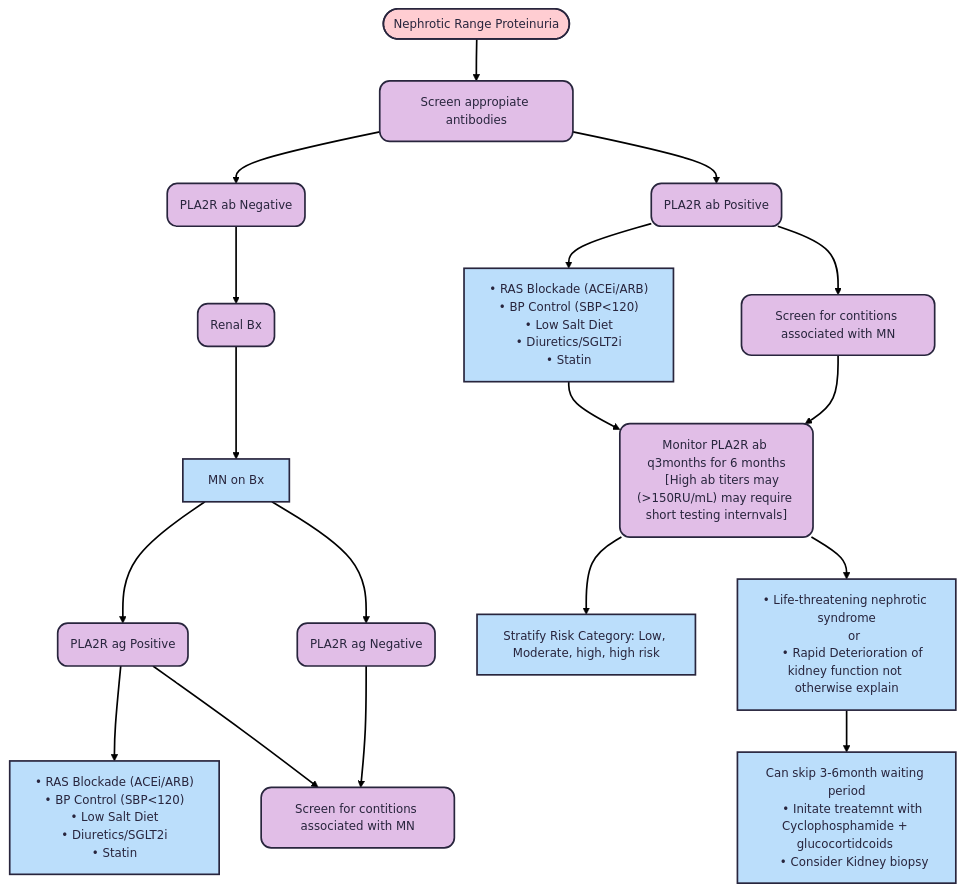
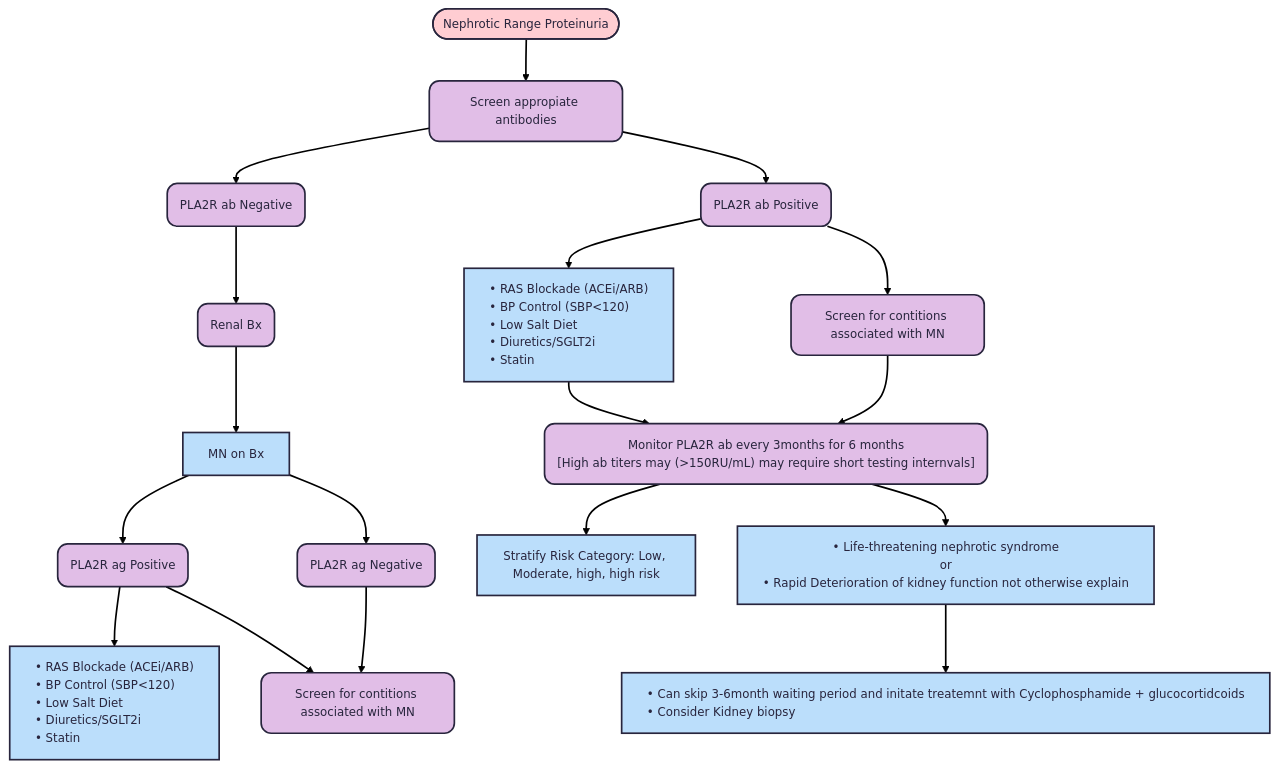
The first of 4 diagrams in docs/Membranous.md (TTUNEPH2025/GN), drawn with Mermaid before and after one commit. The commit also changed other lines of this file, not shown here.

````diff
--- a/docs/Membranous.md
+++ b/docs/Membranous.md
@@ -97,57 +97,56 @@
 ```mermaid
 ---
 config:
   theme: redux
 ---
 flowchart TD
     A(["Nephrotic Range Proteinuria"]) --> B["Screen appropiate antibodies"]
     B --> C["PLA2R ab Negative"] & D["PLA2R ab Positive"]
     C --> n1["Renal Bx"]
     n1 --> n2["MN on Bx"]
     n2 --> n3["PLA2R ag Positive"] & n4["PLA2R ag Negative"]
     n4 --> n5["Screen for contitions associated with MN"]
     n3 --> n6["• RAS Blockade (ACEi/ARB)
     • BP Control (SBP&lt;120)
     • Low Salt Diet
     • Diuretics/SGLT2i
     • Statin"] & n5
     D --> n7["• RAS Blockade (ACEi/ARB)
     • BP Control (SBP&lt;120)
     • Low Salt Diet
     • Diuretics/SGLT2i
     • Statin"] & n8["Screen for contitions associated with MN"]
-    n7 --> n9["Monitor PLA2R ab q3months for 6 months
+    n7 --> n9["Monitor PLA2R ab every 3months for 6 months
     [High ab titers may (>150RU/mL) may require short testing internvals]"]
     n8 --> n9
     n9 --> n10["Stratify Risk Category: Low, Moderate, high, high risk"] & n11["• Life-threatening nephrotic syndrome
     or
     • Rapid Deterioration of kidney function not otherwise explain"]
-    n11 --> n12["Can skip 3-6month waiting period
-    • Initate treatemnt with Cyclophosphamide + glucocortidcoids 
+    n11 --> n12[" • Can skip 3-6month waiting period and initate treatemnt with Cyclophosphamide + glucocortidcoids 
     • Consider Kidney biopsy"]
     B@{ shape: rounded}
     C@{ shape: rounded}
     D@{ shape: rounded}
     n1@{ shape: rounded}
     n3@{ shape: rounded}
     n4@{ shape: rounded}
     n5@{ shape: rounded}
     n8@{ shape: rounded}
     n9@{ shape: rounded}
     style A fill:#FFCDD2
     style B fill:#E1BEE7
     style C fill:#E1BEE7
     style D fill:#E1BEE7
     style n1 fill:#E1BEE7
     style n2 fill:#BBDEFB
     style n3 fill:#E1BEE7
     style n4 fill:#E1BEE7
     style n5 fill:#E1BEE7
-    style n6 fill:#BBDEFB
-    style n7 fill:#BBDEFB
+    style n6 fill:#BBDEFB,text-align:left,white-space:nowrap
+    style n7 fill:#BBDEFB,text-align:left,white-space:nowrap
     style n8 fill:#E1BEE7
-    style n9 fill:#E1BEE7
+    style n9 fill:#E1BEE7,white-space:nowrap
     style n10 fill:#BBDEFB
-    style n11 fill:#BBDEFB
-    style n12 fill:#BBDEFB
+    style n11 fill:#BBDEFB,white-space:nowrap
+    style n12 fill:#BBDEFB,text-align:left,white-space:nowrap
 ```
````
